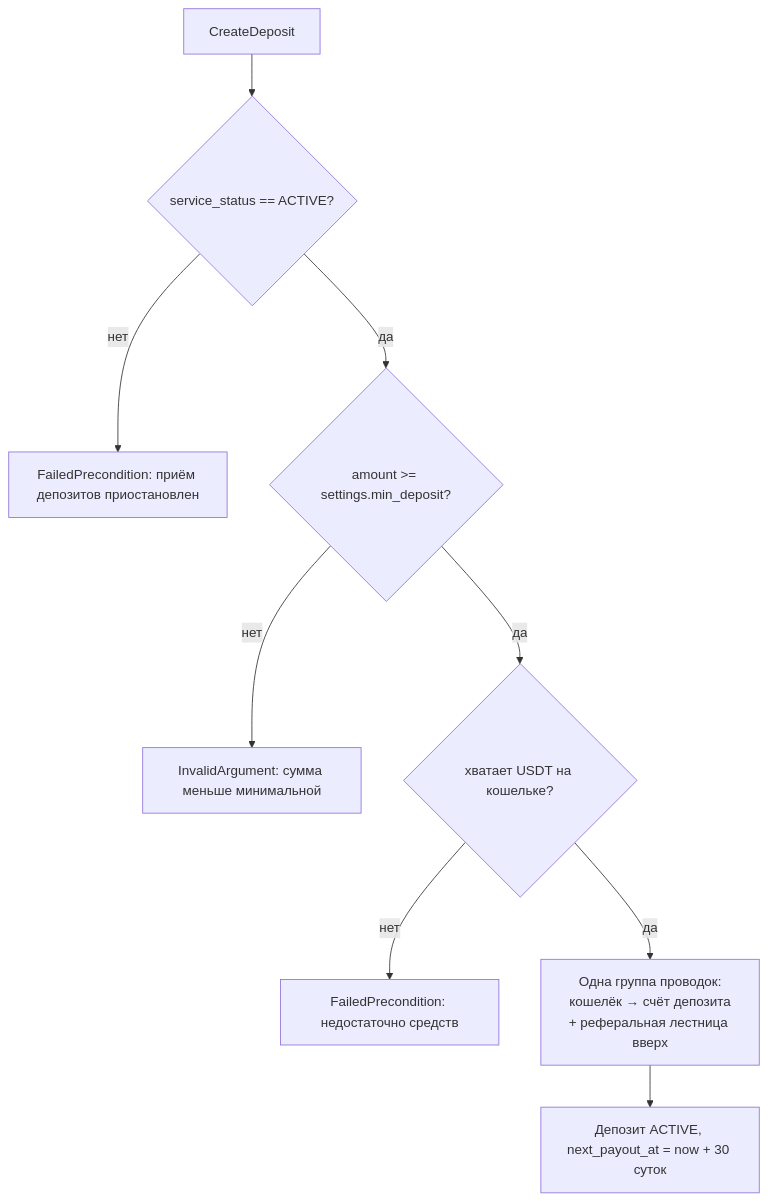
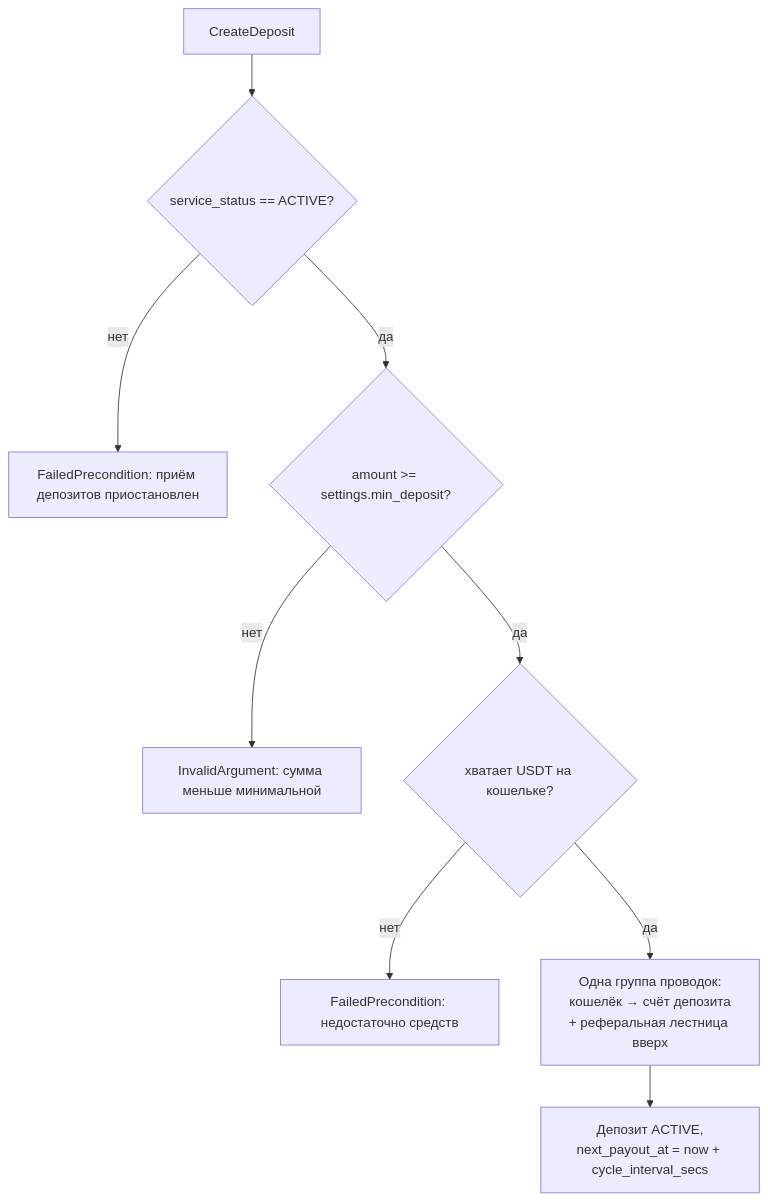
One commit to biconom/proto changed the first of 2 diagrams in biconom/client/staking/staking.md. Above: the diagram before and after it, drawn with Mermaid. The commit also changed other lines of this file and 16 other files, not shown here.

````diff
--- a/biconom/client/staking/staking.md
+++ b/biconom/client/staking/staking.md
@@ -33,11 +36,11 @@
 ```mermaid
 flowchart TD
     A[CreateDeposit] --> B{service_status == ACTIVE?}
     B -- нет --> E1[FailedPrecondition: приём депозитов приостановлен]
     B -- да --> C{amount >= settings.min_deposit?}
     C -- нет --> E2[InvalidArgument: сумма меньше минимальной]
     C -- да --> D{хватает USDT на кошельке?}
     D -- нет --> E3[FailedPrecondition: недостаточно средств]
     D -- да --> F[Одна группа проводок:<br/>кошелёк → счёт депозита<br/>+ реферальная лестница вверх]
-    F --> G[Депозит ACTIVE, next_payout_at = now + 30 суток]
+    F --> G[Депозит ACTIVE,<br/>next_payout_at = now + cycle_interval_secs]
 ```
````
